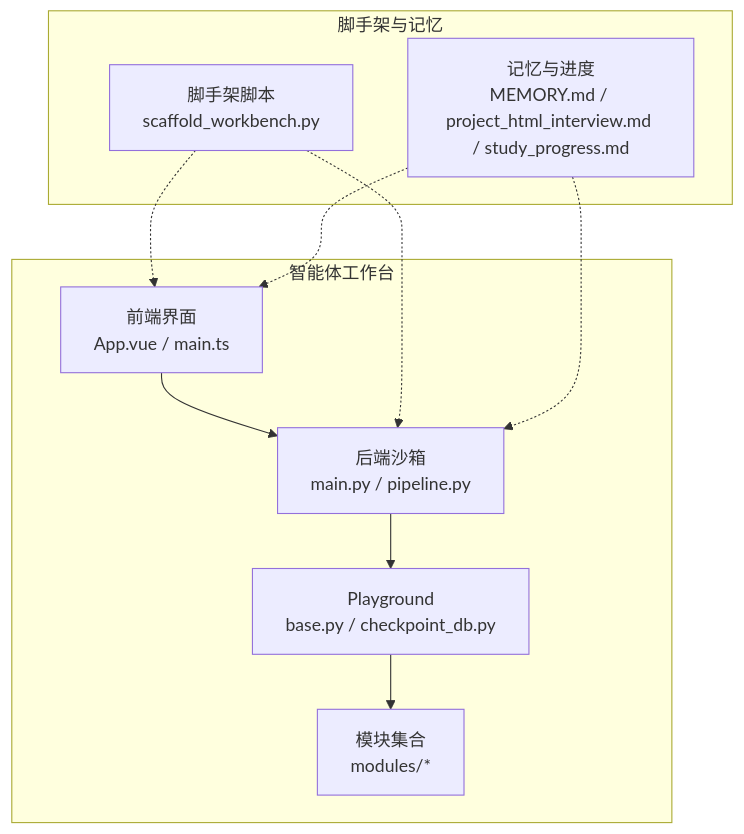
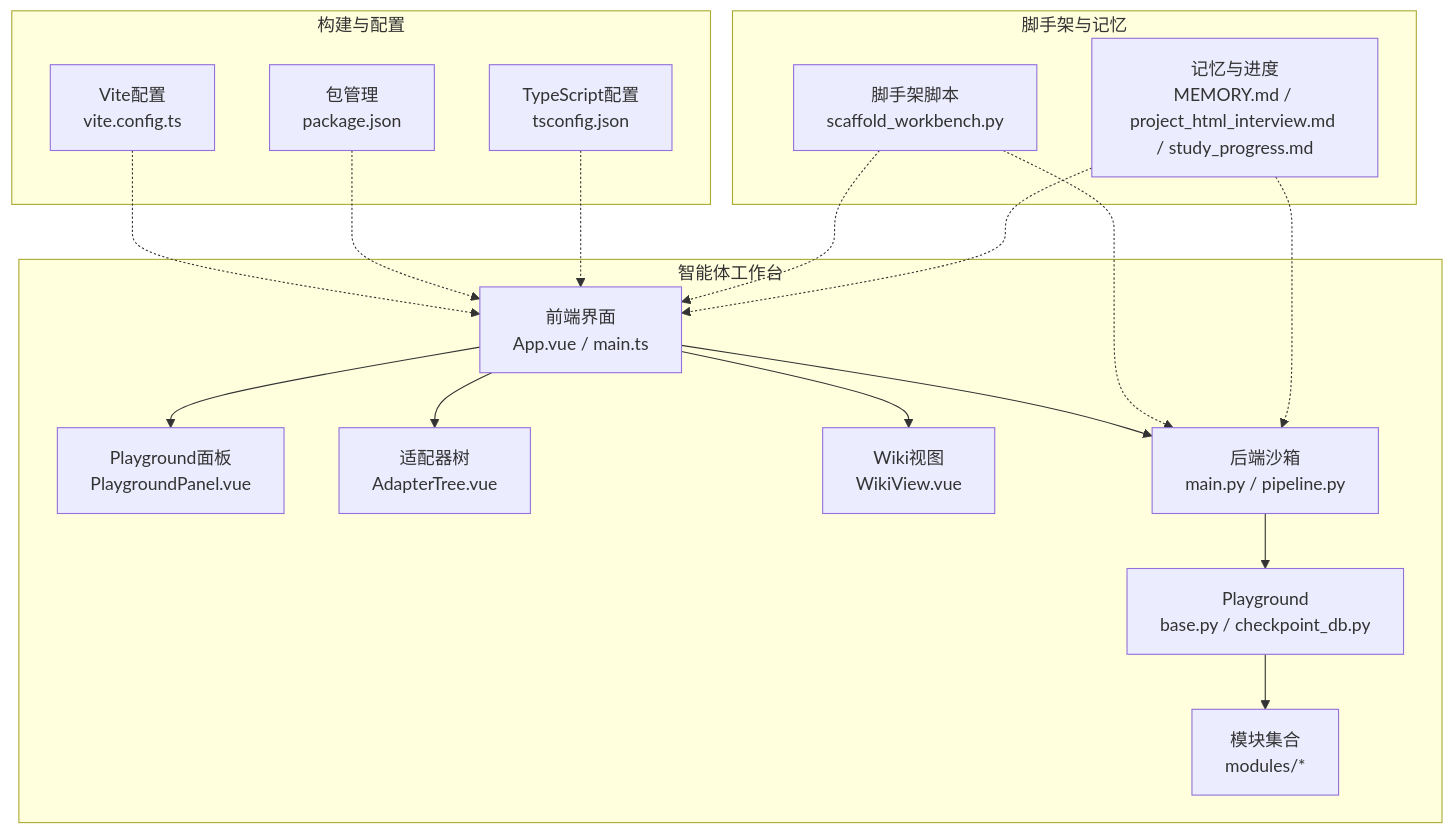
Before and after one commit to king-l6/agent_application_development: the first of 3 diagrams in .qoder/repowiki/zh/content/智能体工程/智能体工作台开发.md, drawn with Mermaid. The commit also changed other lines of this file and 428 other files, not shown here.

````diff
--- a/.qoder/repowiki/zh/content/智能体工程/智能体工作台开发.md
+++ b/.qoder/repowiki/zh/content/智能体工程/智能体工作台开发.md
@@ -63,20 +78,34 @@
 ```mermaid
 graph TB
 subgraph "智能体工作台"
 FE["前端界面<br/>App.vue / main.ts"]
+PG["Playground面板<br/>PlaygroundPanel.vue"]
+AT["适配器树<br/>AdapterTree.vue"]
+WIKI["Wiki视图<br/>WikiView.vue"]
 BE["后端沙箱<br/>main.py / pipeline.py"]
-PG["Playground<br/>base.py / checkpoint_db.py"]
+PGS["Playground<br/>base.py / checkpoint_db.py"]
 MOD["模块集合<br/>modules/*"]
+end
+subgraph "构建与配置"
+VITE["Vite配置<br/>vite.config.ts"]
+PKG["包管理<br/>package.json"]
+TS["TypeScript配置<br/>tsconfig.json"]
 end
 subgraph "脚手架与记忆"
 SC["脚手架脚本<br/>scaffold_workbench.py"]
 MEM["记忆与进度<br/>MEMORY.md / project_html_interview.md / study_progress.md"]
 end
 FE --> BE
-BE --> PG
-PG --> MOD
+FE --> PG
+FE --> AT
+FE --> WIKI
+BE --> PGS
+PGS --> MOD
+VITE -.-> FE
+PKG -.-> FE
+TS -.-> FE
 SC -.-> BE
 SC -.-> FE
 MEM -.-> BE
 MEM -.-> FE
 ```
````
